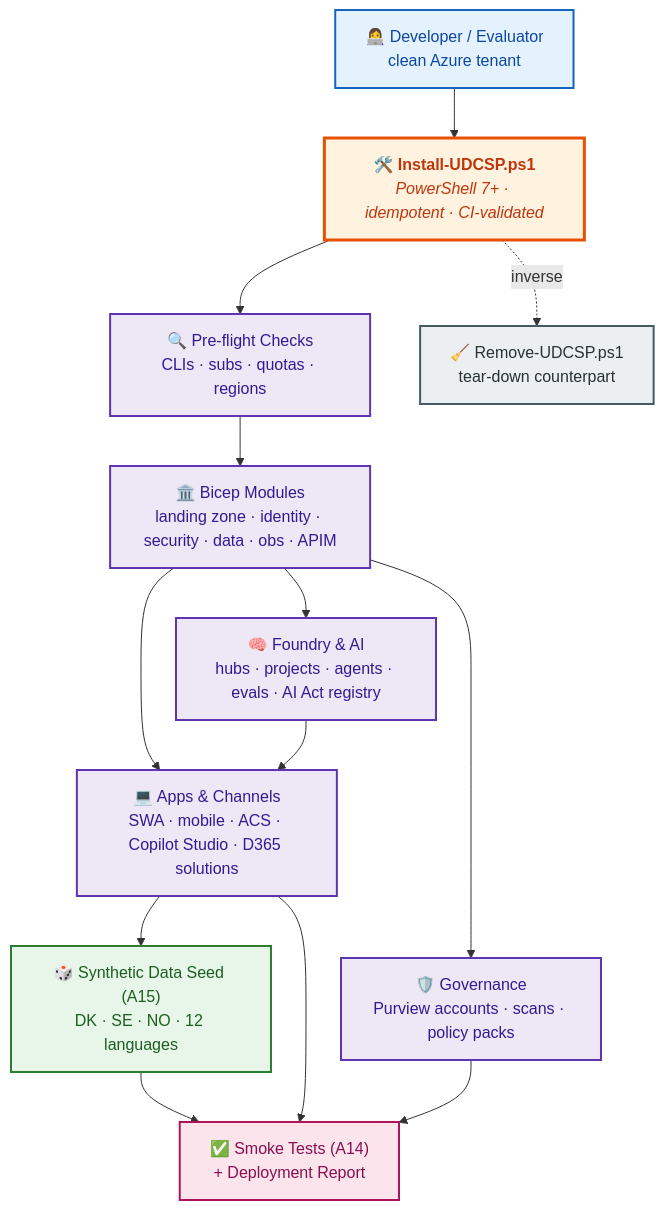
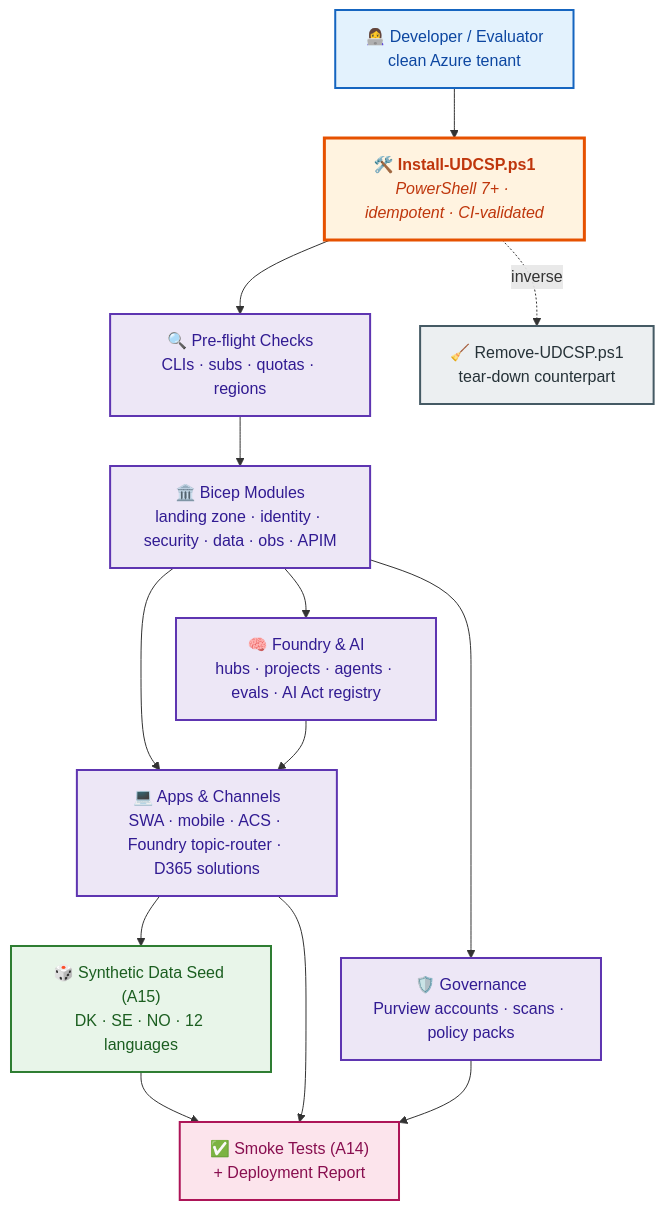
Diagram 13 of 13 in docs/tech/architecture.md (fredgis/UDCSP), drawn with Mermaid before and after one commit. The commit also changed other lines of this file and 193 other files, not shown here.

````diff
--- a/docs/tech/architecture.md
+++ b/docs/tech/architecture.md
@@ -1064,33 +1147,33 @@
 ```mermaid
 graph TB
     DEV["👩‍💻 Developer / Evaluator<br/>clean Azure tenant"]:::dev
     INSTALL["🛠️ <b>Install-UDCSP.ps1</b><br/><i>PowerShell 7+ · idempotent · CI-validated</i>"]:::install
     PRE["🔍 Pre-flight Checks<br/>CLIs · subs · quotas · regions"]:::step
     INFRA["🏛️ Bicep Modules<br/>landing zone · identity · security · data · obs · APIM"]:::step
     AI["🧠 Foundry & AI<br/>hubs · projects · agents · evals · AI Act registry"]:::step
-    APPS["💻 Apps & Channels<br/>SWA · mobile · ACS · Copilot Studio · D365 solutions"]:::step
+    APPS["💻 Apps & Channels<br/>SWA · mobile · ACS · Foundry topic-router · D365 solutions"]:::step
     GOV["🛡️ Governance<br/>Purview accounts · scans · policy packs"]:::step
     SEED["🎲 Synthetic Data Seed (A15)<br/>DK · SE · NO · 12 languages"]:::seed
     SMOKE["✅ Smoke Tests (A14)<br/>+ Deployment Report"]:::smoke
     CLEAN["🧹 Remove-UDCSP.ps1<br/>tear-down counterpart"]:::clean
 
     DEV --> INSTALL
     INSTALL --> PRE
     PRE --> INFRA
     INFRA --> AI
     INFRA --> APPS
     AI --> APPS
     INFRA --> GOV
     APPS --> SEED
     SEED --> SMOKE
     APPS --> SMOKE
     GOV --> SMOKE
     INSTALL -. inverse .-> CLEAN
 
     classDef dev fill:#E3F2FD,stroke:#1565C0,stroke-width:2px,color:#0D47A1
     classDef install fill:#FFF3E0,stroke:#E65100,stroke-width:3px,color:#BF360C
     classDef step fill:#EDE7F6,stroke:#5E35B1,stroke-width:2px,color:#311B92
     classDef seed fill:#E8F5E9,stroke:#2E7D32,stroke-width:2px,color:#1B5E20
     classDef smoke fill:#FCE4EC,stroke:#AD1457,stroke-width:2px,color:#880E4F
     classDef clean fill:#ECEFF1,stroke:#455A64,stroke-width:2px,color:#263238
 ```
````
